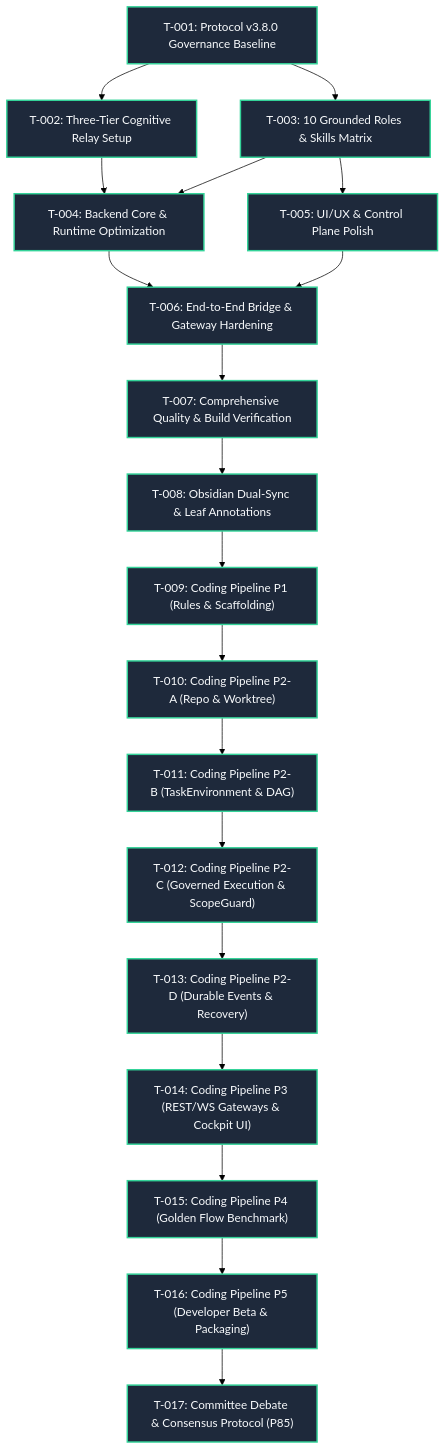
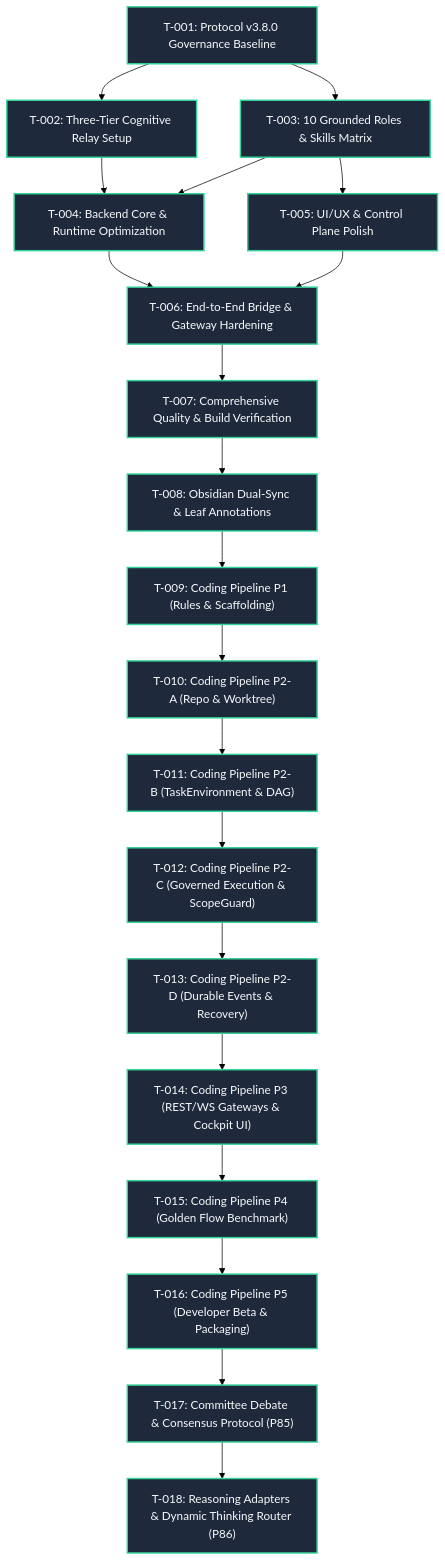
One commit to OPluke11-abula/LLM-Agent-System changed the diagram in docs/obsidian/05 Task Status & Multi-Agent Execution DAG.md. Above: the diagram before and after it, drawn with Mermaid (forest theme). The commit also changed other lines of this file and 15 other files, not shown here.

Commit message:
feat(router): implement heterogeneous reasoning model adapters and dynamic thinking router (p86)

````diff
--- a/docs/obsidian/05 Task Status & Multi-Agent Execution DAG.md
+++ b/docs/obsidian/05 Task Status & Multi-Agent Execution DAG.md
@@ -24,42 +24,44 @@
 ```mermaid
 graph TD
     classDef done fill:#1e293b,stroke:#34d399,stroke-width:2px,color:#f8fafc;
     classDef todo fill:#1e293b,stroke:#f59e0b,stroke-width:2px,color:#f8fafc;
 
     T01["T-001: Protocol v3.8.0 Governance Baseline"]:::done
     T02["T-002: Three-Tier Cognitive Relay Setup"]:::done
     T03["T-003: 10 Grounded Roles & Skills Matrix"]:::done
     T04["T-004: Backend Core & Runtime Optimization"]:::done
     T05["T-005: UI/UX & Control Plane Polish"]:::done
     T06["T-006: End-to-End Bridge & Gateway Hardening"]:::done
     T07["T-007: Comprehensive Quality & Build Verification"]:::done
     T08["T-008: Obsidian Dual-Sync & Leaf Annotations"]:::done
     T09["T-009: Coding Pipeline P1 (Rules & Scaffolding)"]:::done
     T10["T-010: Coding Pipeline P2-A (Repo & Worktree)"]:::done
     T11["T-011: Coding Pipeline P2-B (TaskEnvironment & DAG)"]:::done
     T12["T-012: Coding Pipeline P2-C (Governed Execution & ScopeGuard)"]:::done
     T13["T-013: Coding Pipeline P2-D (Durable Events & Recovery)"]:::done
     T14["T-014: Coding Pipeline P3 (REST/WS Gateways & Cockpit UI)"]:::done
     T15["T-015: Coding Pipeline P4 (Golden Flow Benchmark)"]:::done
     T16["T-016: Coding Pipeline P5 (Developer Beta & Packaging)"]:::done
     T17["T-017: Committee Debate & Consensus Protocol (P85)"]:::done
+    T18["T-018: Reasoning Adapters & Dynamic Thinking Router (P86)"]:::done
 
     T01 --> T02
     T01 --> T03
     T02 --> T04
     T03 --> T04
     T03 --> T05
     T04 --> T06
     T05 --> T06
     T06 --> T07
     T07 --> T08
     T08 --> T09
     T09 --> T10
     T10 --> T11
     T11 --> T12
     T12 --> T13
     T13 --> T14
     T14 --> T15
     T15 --> T16
     T16 --> T17
+    T17 --> T18
 ```
````
